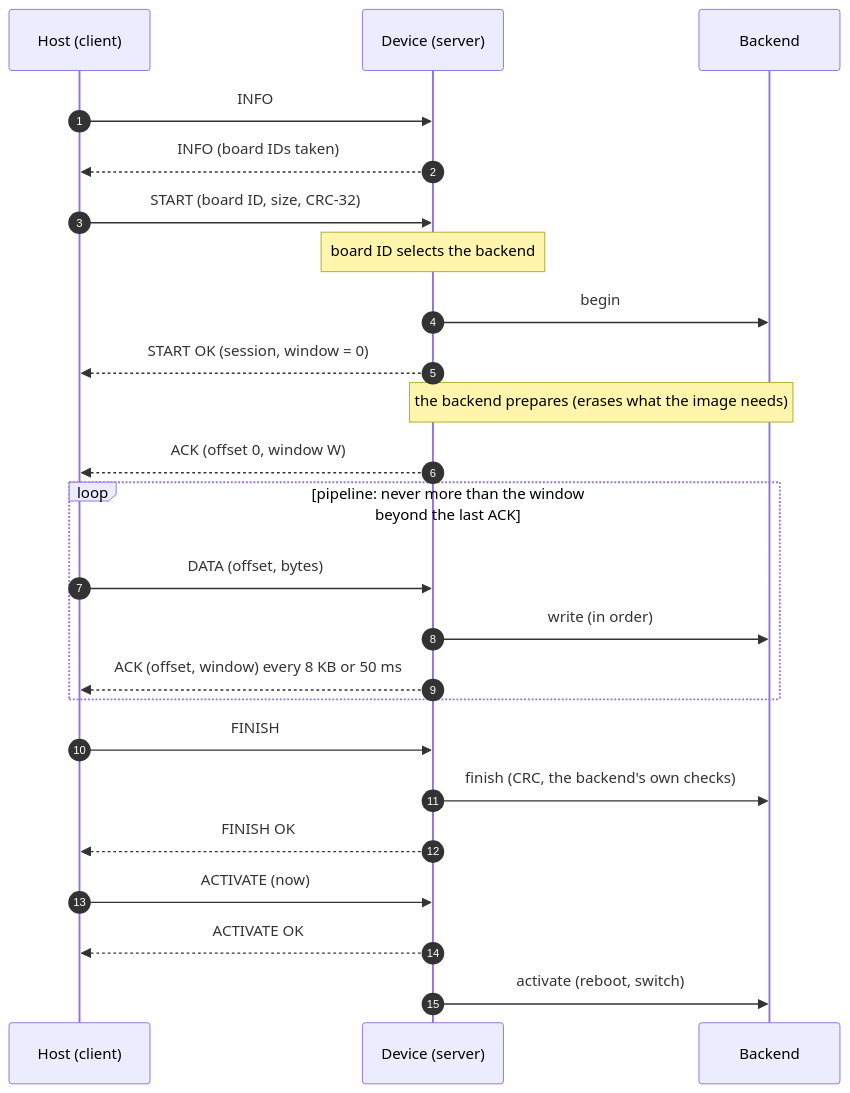
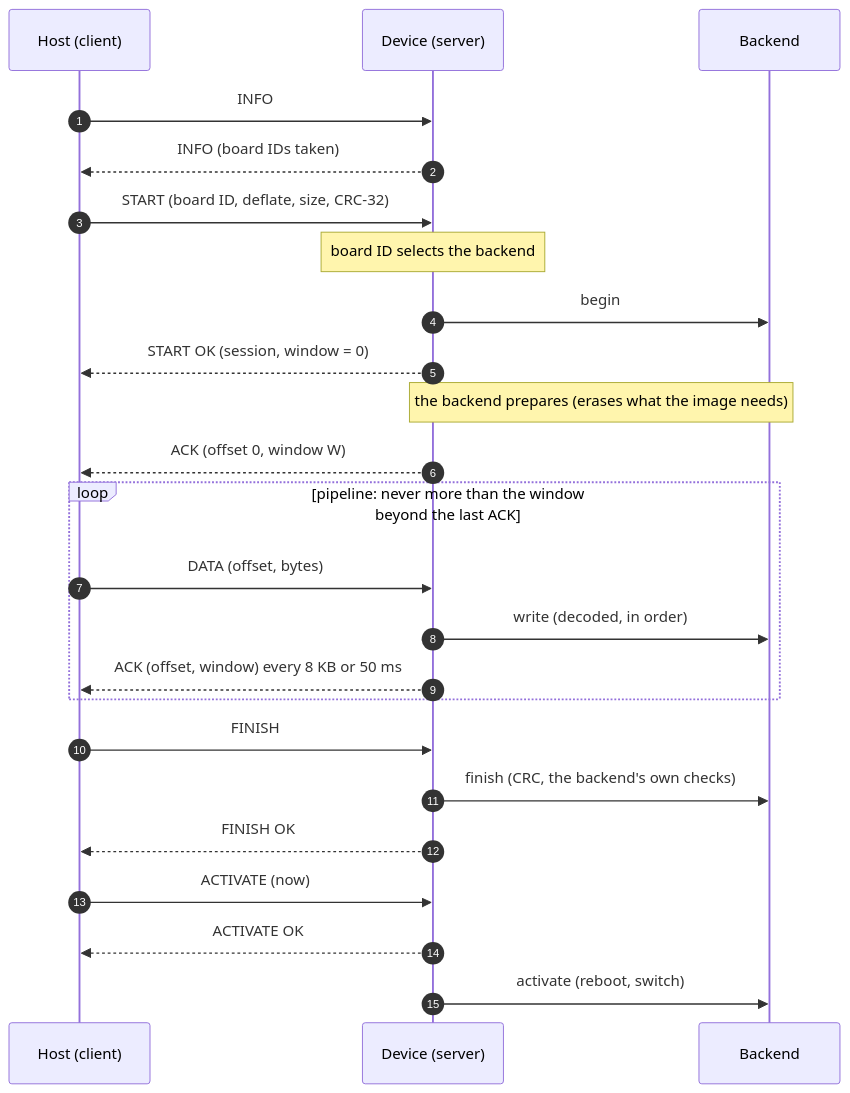
One commit to fvsolutions-dev/dfukit changed the fourth of 14 diagrams in DESIGN.md. Above: the diagram before and after it, drawn with Mermaid. The commit also changed other lines of this file and 20 other files, not shown here.

````diff
--- a/DESIGN.md
+++ b/DESIGN.md
@@ -170,27 +173,27 @@
 ```mermaid
 sequenceDiagram
     autonumber
     participant H as Host (client)
     participant D as Device (server)
     participant B as Backend
 
     H->>D: INFO
     D-->>H: INFO (board IDs taken)
-    H->>D: START (board ID, size, CRC-32)
+    H->>D: START (board ID, deflate, size, CRC-32)
     Note over D: board ID selects the backend
     D->>B: begin
     D-->>H: START OK (session, window = 0)
     Note over D,B: the backend prepares (erases what the image needs)
     D-->>H: ACK (offset 0, window W)
     loop pipeline: never more than the window beyond the last ACK
         H->>D: DATA (offset, bytes)
-        D->>B: write (in order)
+        D->>B: write (decoded, in order)
         D-->>H: ACK (offset, window) every 8 KB or 50 ms
     end
     H->>D: FINISH
     D->>B: finish (CRC, the backend's own checks)
     D-->>H: FINISH OK
     H->>D: ACTIVATE (now)
     D-->>H: ACTIVATE OK
     D->>B: activate (reboot, switch)
 ```
````
